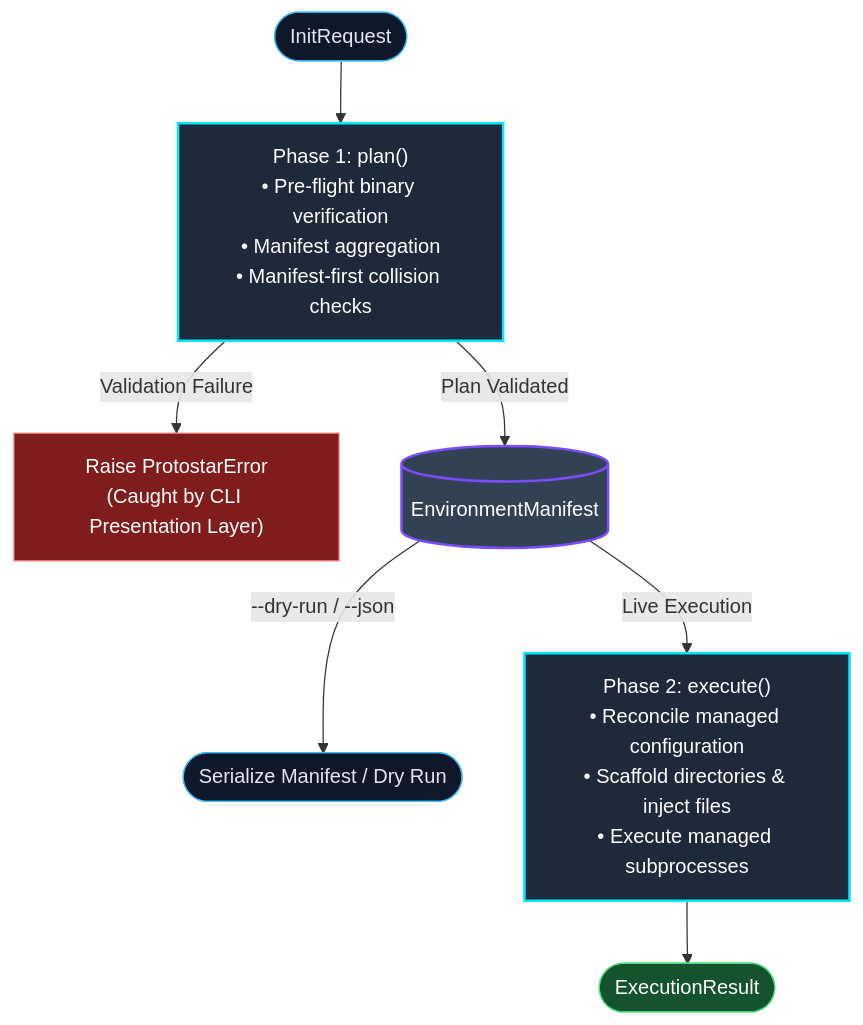
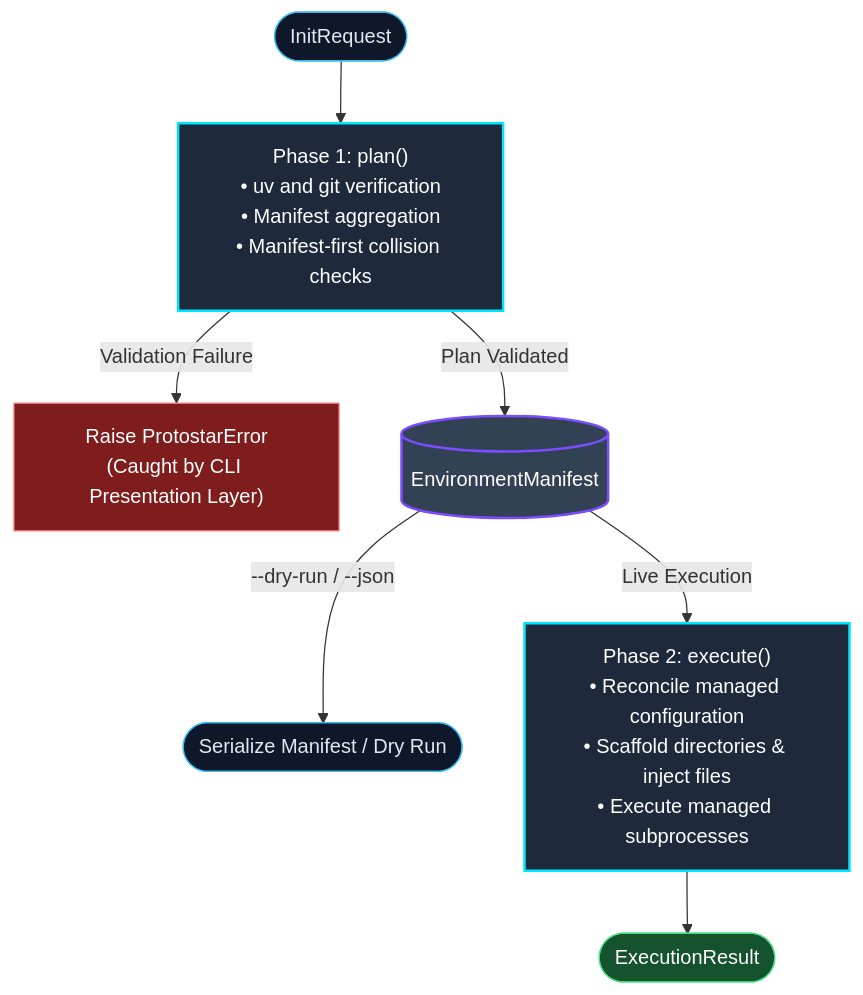
The diagram in docs/mechanics/orchestrator.md (JacksonFergusonDev/protostar), drawn with Mermaid before and after one commit. The commit also changed other lines of this file and 46 other files, not shown here.

First line of the commit message:
feat(engine)!: missing tools are data, not a fatal pre-flight (#345)

````diff
--- a/docs/mechanics/orchestrator.md
+++ b/docs/mechanics/orchestrator.md
@@ -17,18 +17,18 @@
 ```mermaid
 flowchart TD
     classDef boundary fill:#0f172a,stroke:#38bdf8,stroke-width:1px,color:#e2e8f0;
     classDef phase fill:#1e293b,stroke:#1e293b,stroke:#00e5ff,stroke-width:2px,color:#fff;
     classDef state fill:#334155,stroke:#7c4dff,stroke-width:2px,color:#fff;
     classDef error fill:#7f1d1d,stroke:#f87171,stroke-width:1px,color:#fff;
     classDef success fill:#14532d,stroke:#4ade80,stroke-width:1px,color:#fff;
 
-    Req([InitRequest]):::boundary --> Plan["Phase 1: plan()<br/>• Pre-flight binary verification<br/>• Manifest aggregation<br/>• Manifest-first collision checks"]:::phase
+    Req([InitRequest]):::boundary --> Plan["Phase 1: plan()<br/>• uv and git verification<br/>• Manifest aggregation<br/>• Manifest-first collision checks"]:::phase
 
     Plan -->|Validation Failure| Err["Raise ProtostarError<br/>(Caught by CLI Presentation Layer)"]:::error
     Plan -->|Plan Validated| Manifest[(EnvironmentManifest)]:::state
 
     Manifest -->|--dry-run / --json| DryRun([Serialize Manifest / Dry Run]):::boundary
     Manifest -->|Live Execution| Exec["Phase 2: execute()<br/>• Reconcile managed configuration<br/>• Scaffold directories & inject files<br/>• Execute managed subprocesses"]:::phase
 
     Exec --> Result([ExecutionResult]):::success
 ```
````
